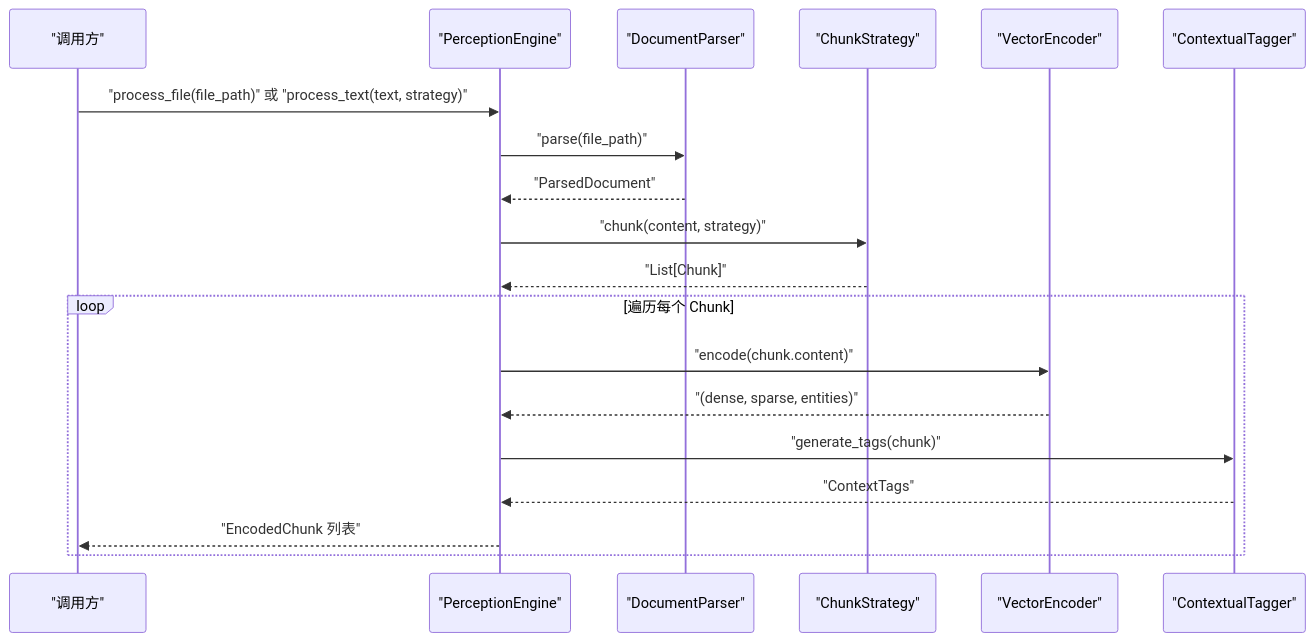
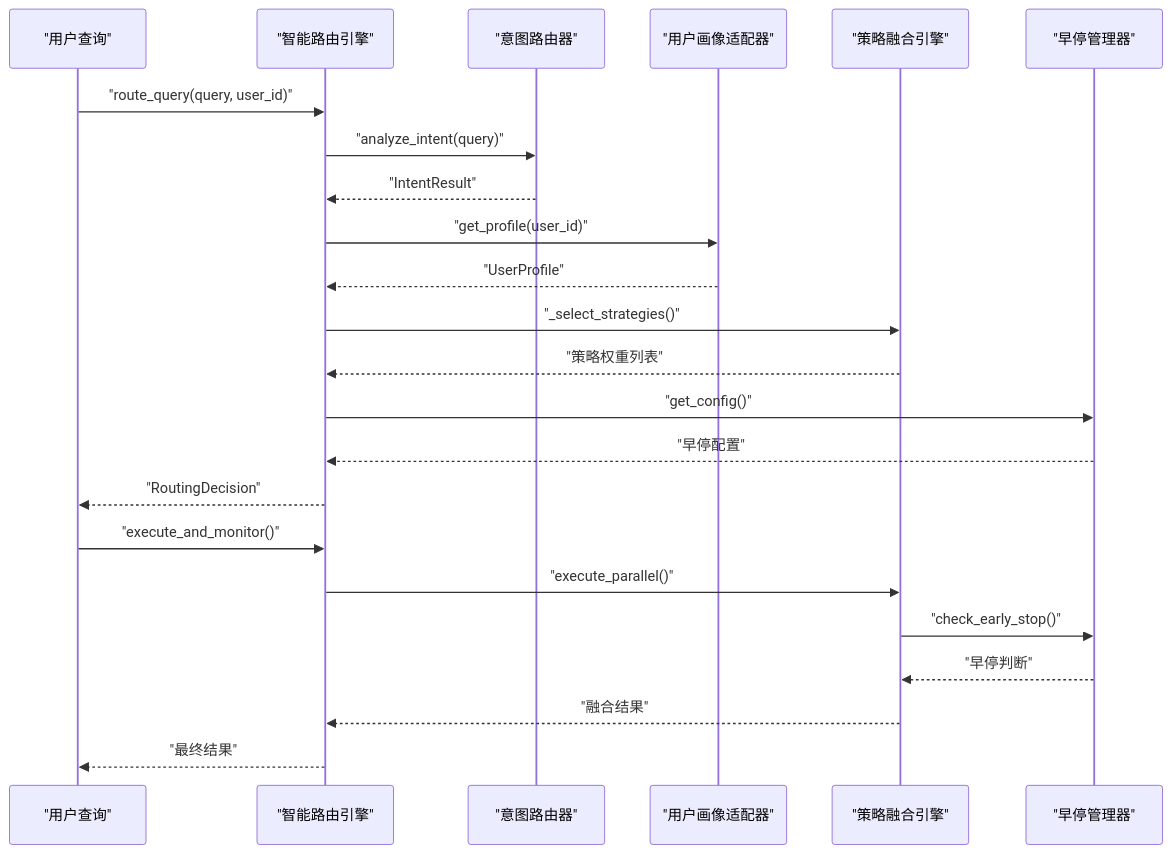
One commit to JieGaoPrinceton/NecoRAG changed the second of 7 diagrams in .qoder/repowiki/zh/content/感知引擎模块/感知引擎模块.md. Above: the diagram before and after it, drawn with Mermaid. The commit also changed other lines of this file and 82 other files, not shown here.

````diff
--- a/.qoder/repowiki/zh/content/感知引擎模块/感知引擎模块.md
+++ b/.qoder/repowiki/zh/content/感知引擎模块/感知引擎模块.md
@@ -96,21 +91,25 @@
 ```mermaid
 sequenceDiagram
-participant U as "调用方"
-participant PE as "PerceptionEngine"
-participant DP as "DocumentParser"
-participant CS as "ChunkStrategy"
-participant VE as "VectorEncoder"
-participant CT as "ContextualTagger"
-U->>PE : "process_file(file_path)" 或 "process_text(text, strategy)"
-PE->>DP : "parse(file_path)"
-DP-->>PE : "ParsedDocument"
-PE->>CS : "chunk(content, strategy)"
-CS-->>PE : "List[Chunk]"
-loop 遍历每个 Chunk
-PE->>VE : "encode(chunk.content)"
-VE-->>PE : "(dense, sparse, entities)"
-PE->>CT : "generate_tags(chunk)"
-CT-->>PE : "ContextTags"
-PE-->>U : "EncodedChunk 列表"
-end
+participant U as "用户查询"
+participant SRE as "智能路由引擎"
+participant IR as "意图路由器"
+participant UA as "用户画像适配器"
+participant SF as "策略融合引擎"
+participant ES as "早停管理器"
+U->>SRE : "route_query(query, user_id)"
+SRE->>IR : "analyze_intent(query)"
+IR-->>SRE : "IntentResult"
+SRE->>UA : "get_profile(user_id)"
+UA-->>SRE : "UserProfile"
+SRE->>SF : "_select_strategies()"
+SF-->>SRE : "策略权重列表"
+SRE->>ES : "get_config()"
+ES-->>SRE : "早停配置"
+SRE-->>U : "RoutingDecision"
+U->>SRE : "execute_and_monitor()"
+SRE->>SF : "execute_parallel()"
+SF->>ES : "check_early_stop()"
+ES-->>SF : "早停判断"
+SF-->>SRE : "融合结果"
+SRE-->>U : "最终结果"
 ```
````
